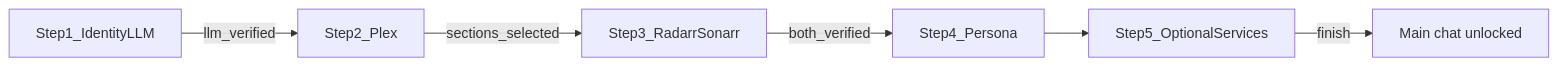
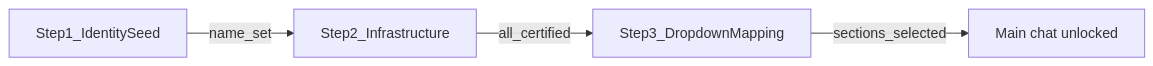
One commit to romwil/curatorx changed the diagram in docs/ONBOARDING.md. Above: the diagram before and after it, drawn with Mermaid. The commit also changed other lines of this file and 52 other files, not shown here.

First line of the commit message:
Improve setup and chat UX with persona presets, thread sidebar, and E2E tests.

````diff
--- a/docs/ONBOARDING.md
+++ b/docs/ONBOARDING.md
@@ -11,8 +11,6 @@
 ```mermaid
 flowchart LR
-  S1[Step1_IdentityLLM] -->|llm_verified| S2[Step2_Plex]
-  S2 -->|sections_selected| S3[Step3_RadarrSonarr]
-  S3 -->|both_verified| S4[Step4_Persona]
-  S4 --> S5[Step5_OptionalServices]
-  S5 -->|finish| Chat[Main chat unlocked]
+  S1[Step1_IdentitySeed] -->|name_set| S2[Step2_Infrastructure]
+  S2 -->|all_certified| S3[Step3_DropdownMapping]
+  S3 -->|sections_selected| Chat[Main chat unlocked]
 ```
````
